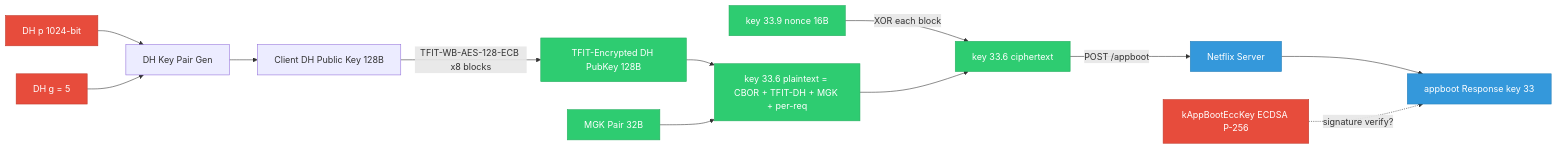
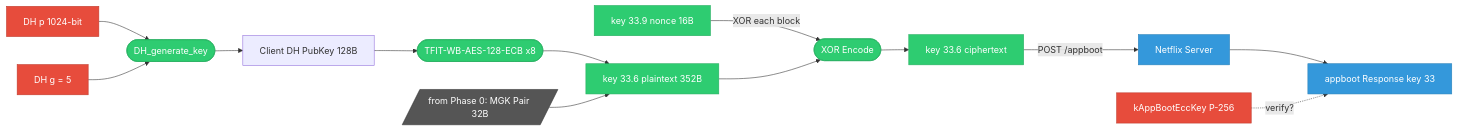
One commit to qtmleap/revkit changed the second of 9 diagrams in docs/spec/msl_key_relationship.md. Above: the diagram before and after it, drawn with Mermaid. The commit also changed other lines of this file, not shown here.

First line of the commit message:
docs(spec): Mermaid 図の記法を統一

````diff
--- a/docs/spec/msl_key_relationship.md
+++ b/docs/spec/msl_key_relationship.md
@@ -35,25 +35,28 @@
 ```mermaid
 graph LR
-    DH_P["DH p 1024-bit"] --> DH_GEN["DH Key Pair Gen"]
-    DH_G["DH g = 5"] --> DH_GEN
-    DH_GEN --> DH_PUB["Client DH Public Key 128B"]
-    DH_PUB -->|TFIT-WB-AES-128-ECB x8 blocks| TFIT_DH["TFIT-Encrypted DH PubKey 128B"]
-    TFIT_DH --> KEY336_PT["key 33.6 plaintext = CBOR + TFIT-DH + MGK + per-req"]
-    MGK["MGK Pair 32B"] --> KEY336_PT
-    NONCE_SRV["key 33.9 nonce 16B"] -->|XOR each block| KEY336_ENC["key 33.6 ciphertext"]
-    KEY336_PT --> KEY336_ENC
+    DH_P["DH p 1024-bit"] --> OP_DHGEN(["DH_generate_key"])
+    DH_G["DH g = 5"] --> OP_DHGEN
+    OP_DHGEN --> DH_PUB["Client DH PubKey 128B"]
+    DH_PUB --> OP_TFIT1(["TFIT-WB-AES-128-ECB x8"])
+    OP_TFIT1 --> KEY336_PT["key 33.6 plaintext 352B"]
+    FROM_P0[/"from Phase 0: MGK Pair 32B"/] --> KEY336_PT
+    NONCE_SRV["key 33.9 nonce 16B"] -->|XOR each block| OP_XOR(["XOR Encode"])
+    KEY336_PT --> OP_XOR
+    OP_XOR --> KEY336_ENC["key 33.6 ciphertext"]
     KEY336_ENC -->|POST /appboot| SERVER["Netflix Server"]
     SERVER --> DH_RESP["appboot Response key 33"]
-    ECC_BOOT["kAppBootEccKey ECDSA P-256"] -.->|signature verify?| DH_RESP
+    ECC_BOOT["kAppBootEccKey P-256"] -.->|verify?| DH_RESP
 
     style DH_P fill:#e74c3c,stroke:#c0392b,color:#fff
     style DH_G fill:#e74c3c,stroke:#c0392b,color:#fff
     style ECC_BOOT fill:#e74c3c,stroke:#c0392b,color:#fff
     style NONCE_SRV fill:#2ecc71,stroke:#27ae60,color:#fff
     style SERVER fill:#3498db,stroke:#2980b9,color:#fff
     style DH_RESP fill:#3498db,stroke:#2980b9,color:#fff
-    style TFIT_DH fill:#2ecc71,stroke:#27ae60,color:#fff
+    style OP_DHGEN fill:#2ecc71,stroke:#27ae60,color:#fff
+    style OP_TFIT1 fill:#2ecc71,stroke:#27ae60,color:#fff
+    style OP_XOR fill:#2ecc71,stroke:#27ae60,color:#fff
     style KEY336_PT fill:#2ecc71,stroke:#27ae60,color:#fff
     style KEY336_ENC fill:#2ecc71,stroke:#27ae60,color:#fff
-    style MGK fill:#2ecc71,stroke:#27ae60,color:#fff
+    style FROM_P0 fill:#555,stroke:#333,color:#fff
 ```
````
